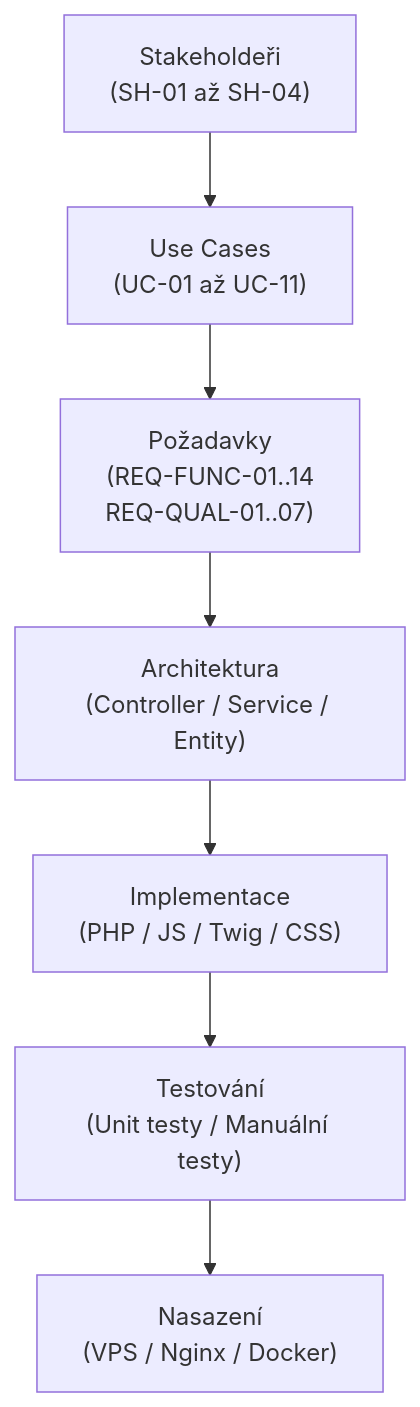
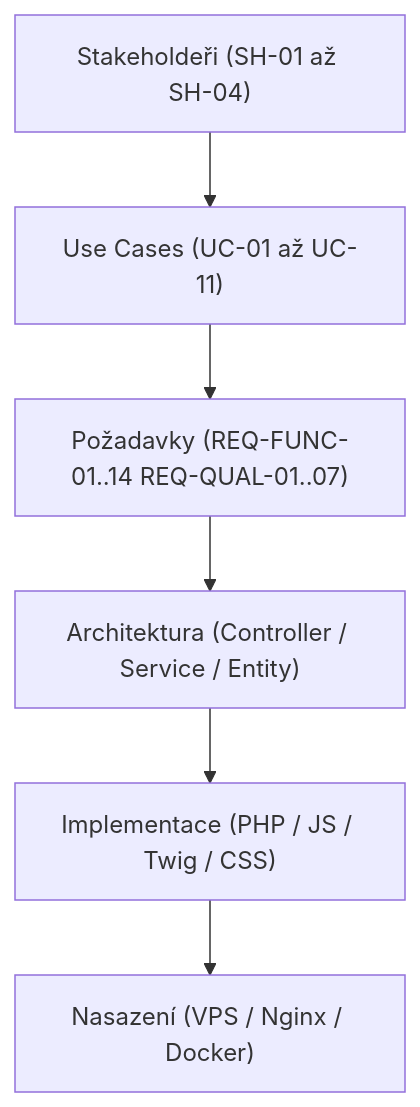
One commit to Its1akub/JecnaGuesser changed the ninth of 9 diagrams in docs/Ječná Guesser – Předávací zpráva projektu.md. Above: the diagram before and after it, drawn with Mermaid. The commit also changed other lines of this file, not shown here.

````diff
--- a/docs/Ječná Guesser – Předávací zpráva projektu.md
+++ b/docs/Ječná Guesser – Předávací zpráva projektu.md
@@ -740,9 +626,8 @@
 ```mermaid
 graph TD
-    SH["Stakeholdeři\n(SH-01 až SH-04)"] --> UC["Use Cases\n(UC-01 až UC-11)"]
-    UC --> REQ["Požadavky\n(REQ-FUNC-01..14\nREQ-QUAL-01..07)"]
-    REQ --> ARCH["Architektura\n(Controller / Service / Entity)"]
-    ARCH --> IMPL["Implementace\n(PHP / JS / Twig / CSS)"]
-    IMPL --> TEST["Testování\n(Unit testy / Manuální testy)"]
-    TEST --> DEPLOY["Nasazení\n(VPS / Nginx / Docker)"]
+    SH["Stakeholdeři (SH-01 až SH-04)"] --> UC["Use Cases (UC-01 až UC-11)"]
+    UC --> REQ["Požadavky (REQ-FUNC-01..14 REQ-QUAL-01..07)"]
+    REQ --> ARCH["Architektura (Controller / Service / Entity)"]
+    ARCH --> IMPL["Implementace (PHP / JS / Twig / CSS)"]
+    IMPL --> DEPLOY["Nasazení (VPS / Nginx / Docker)"]
 ```
````
